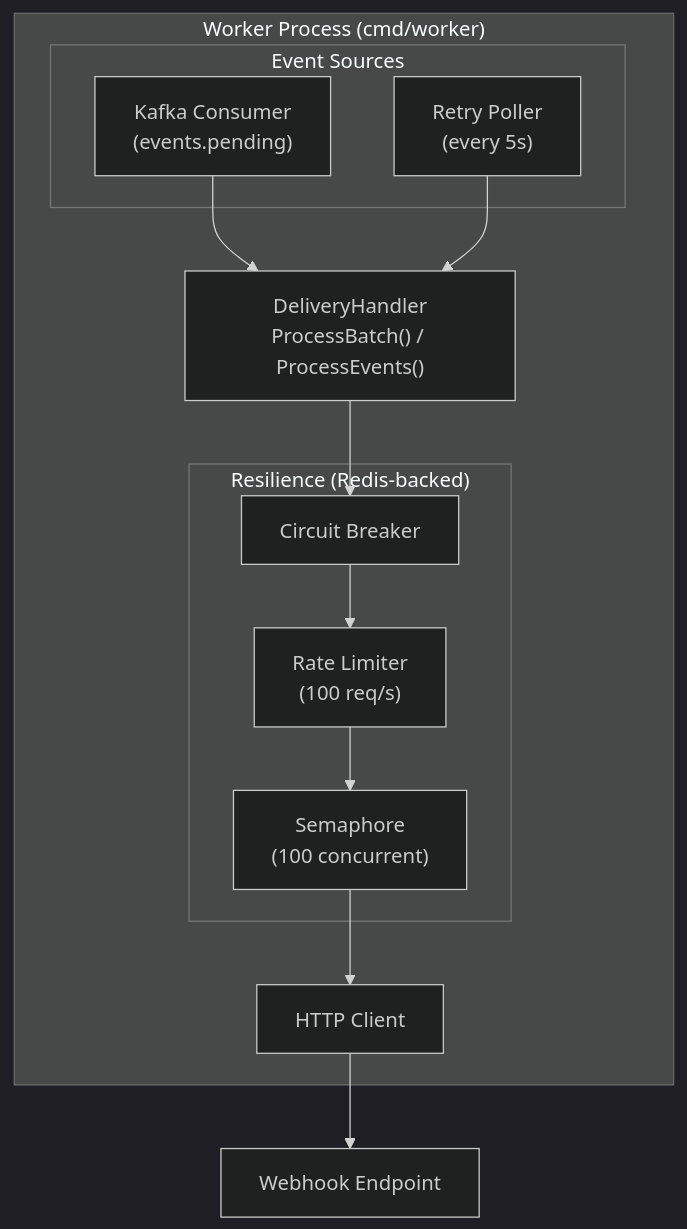
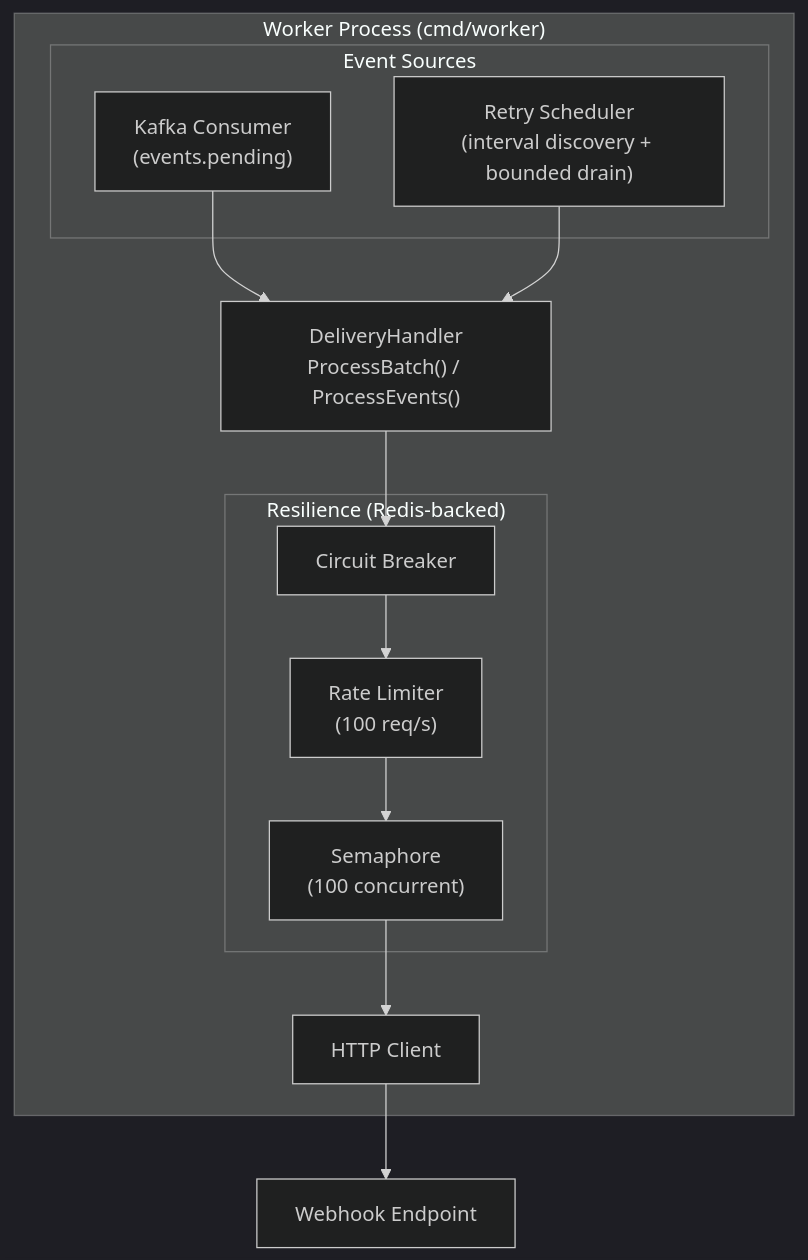
One commit to felipepmaragno/webhook-service changed the fourth of 13 diagrams in docs/architecture.md. Above: the diagram before and after it, drawn with Mermaid (dark theme). The commit also changed other lines of this file and 16 other files, not shown here.

Commit message:
docs(retry): close v0.8 scheduler increment

````diff
--- a/docs/architecture.md
+++ b/docs/architecture.md
@@ -166,27 +166,27 @@
 ```mermaid
 flowchart TB
     subgraph Worker["Worker Process (cmd/worker)"]
         subgraph Sources["Event Sources"]
             Kafka["Kafka Consumer<br/>(events.pending)"]
-            Poller["Retry Poller<br/>(every 5s)"]
+            Poller["Retry Scheduler<br/>(interval discovery + bounded drain)"]
         end
         
         Handler["DeliveryHandler<br/>ProcessBatch() / ProcessEvents()"]
         
         subgraph Resilience["Resilience (Redis-backed)"]
             CB["Circuit Breaker"]
             RL["Rate Limiter<br/>(100 req/s)"]
             Sem["Semaphore<br/>(100 concurrent)"]
         end
         
         HTTP["HTTP Client"]
     end
     
     Kafka --> Handler
     Poller --> Handler
     Handler --> CB
     CB --> RL
     RL --> Sem
     Sem --> HTTP
     HTTP --> Endpoint["Webhook Endpoint"]
 ```
````
